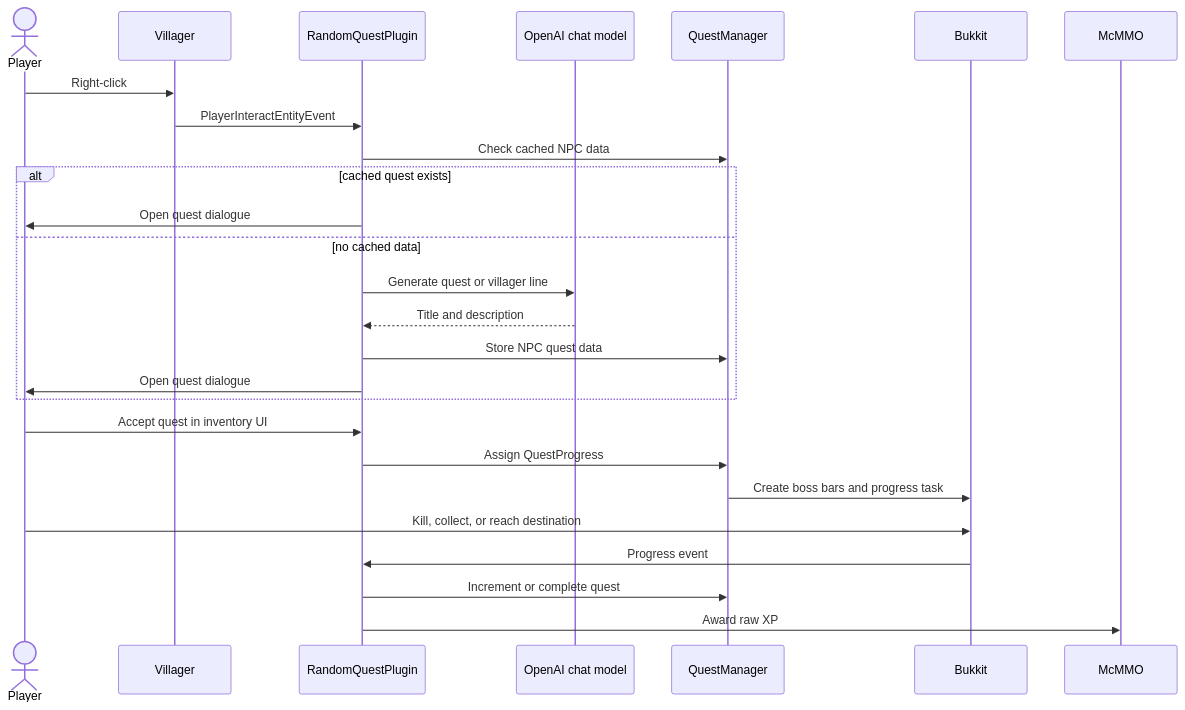
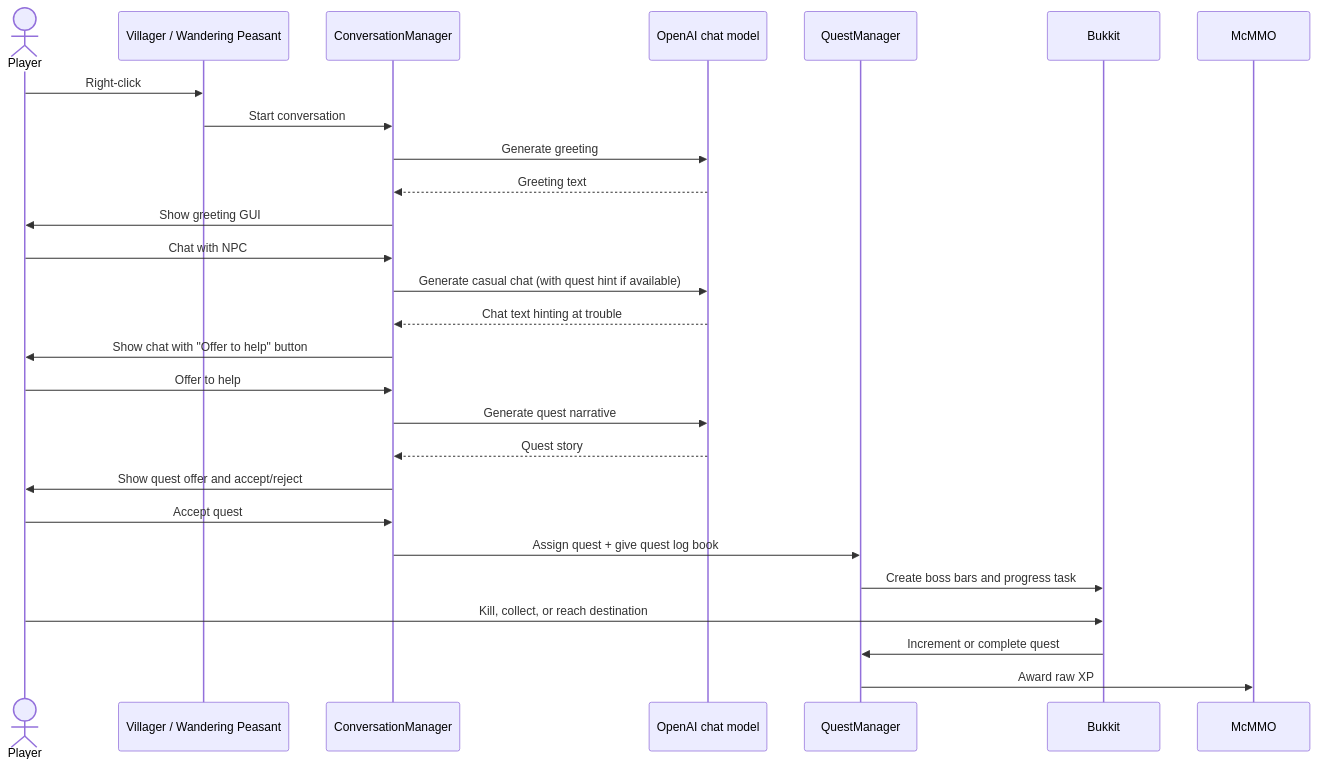
Before and after one commit to adeptum-labs/questai: the second of 3 diagrams in README.md, drawn with Mermaid. The commit also changed other lines of this file, not shown here.

Commit message:
Update README with dialogue system, multi-quest, and quest log docs

````diff
--- a/README.md
+++ b/README.md
@@ -61,29 +68,30 @@
 ```mermaid
 sequenceDiagram
 	actor Player
-	participant Villager
-	participant RandomQuestPlugin
+	participant NPC as Villager / Wandering Peasant
+	participant ConvMgr as ConversationManager
 	participant OpenAI as OpenAI chat model
 	participant QuestManager
 	participant Bukkit
 	participant McMMO
 
-	Player->>Villager: Right-click
-	Villager->>RandomQuestPlugin: PlayerInteractEntityEvent
-	RandomQuestPlugin->>QuestManager: Check cached NPC data
-	alt cached quest exists
-		RandomQuestPlugin->>Player: Open quest dialogue
-	else no cached data
-		RandomQuestPlugin->>OpenAI: Generate quest or villager line
-		OpenAI-->>RandomQuestPlugin: Title and description
-		RandomQuestPlugin->>QuestManager: Store NPC quest data
-		RandomQuestPlugin->>Player: Open quest dialogue
-	end
-	Player->>RandomQuestPlugin: Accept quest in inventory UI
-	RandomQuestPlugin->>QuestManager: Assign QuestProgress
+	Player->>NPC: Right-click
+	NPC->>ConvMgr: Start conversation
+	ConvMgr->>OpenAI: Generate greeting
+	OpenAI-->>ConvMgr: Greeting text
+	ConvMgr->>Player: Show greeting GUI
+	Player->>ConvMgr: Chat with NPC
+	ConvMgr->>OpenAI: Generate casual chat (with quest hint if available)
+	OpenAI-->>ConvMgr: Chat text hinting at trouble
+	ConvMgr->>Player: Show chat with "Offer to help" button
+	Player->>ConvMgr: Offer to help
+	ConvMgr->>OpenAI: Generate quest narrative
+	OpenAI-->>ConvMgr: Quest story
+	ConvMgr->>Player: Show quest offer and accept/reject
+	Player->>ConvMgr: Accept quest
+	ConvMgr->>QuestManager: Assign quest + give quest log book
 	QuestManager->>Bukkit: Create boss bars and progress task
 	Player->>Bukkit: Kill, collect, or reach destination
-	Bukkit->>RandomQuestPlugin: Progress event
-	RandomQuestPlugin->>QuestManager: Increment or complete quest
-	RandomQuestPlugin->>McMMO: Award raw XP
+	Bukkit->>QuestManager: Increment or complete quest
+	QuestManager->>McMMO: Award raw XP
 ```
````
